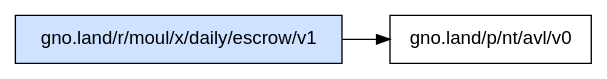
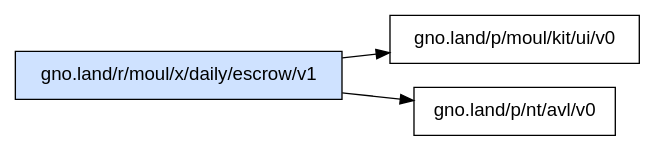
The diagram in _assets/gno.land/r/moul/x/daily/escrow/v1/deps.dot (moul/gno-contracts), drawn with Graphviz before and after one commit. The commit also changed 91 other files, not shown here.

Commit message:
chore: regenerate catalog, graphs and on-chain status [skip ci]

```diff
--- a/_assets/gno.land/r/moul/x/daily/escrow/v1/deps.dot
+++ b/_assets/gno.land/r/moul/x/daily/escrow/v1/deps.dot
@@ -1,6 +1,7 @@
 digraph deps {
   rankdir=LR;
   node [shape=box, fontname="sans-serif"];
   "gno.land/r/moul/x/daily/escrow/v1" [style=filled, fillcolor="#cfe2ff"];
+  "gno.land/r/moul/x/daily/escrow/v1" -> "gno.land/p/moul/kit/ui/v0";
   "gno.land/r/moul/x/daily/escrow/v1" -> "gno.land/p/nt/avl/v0";
 }
```
